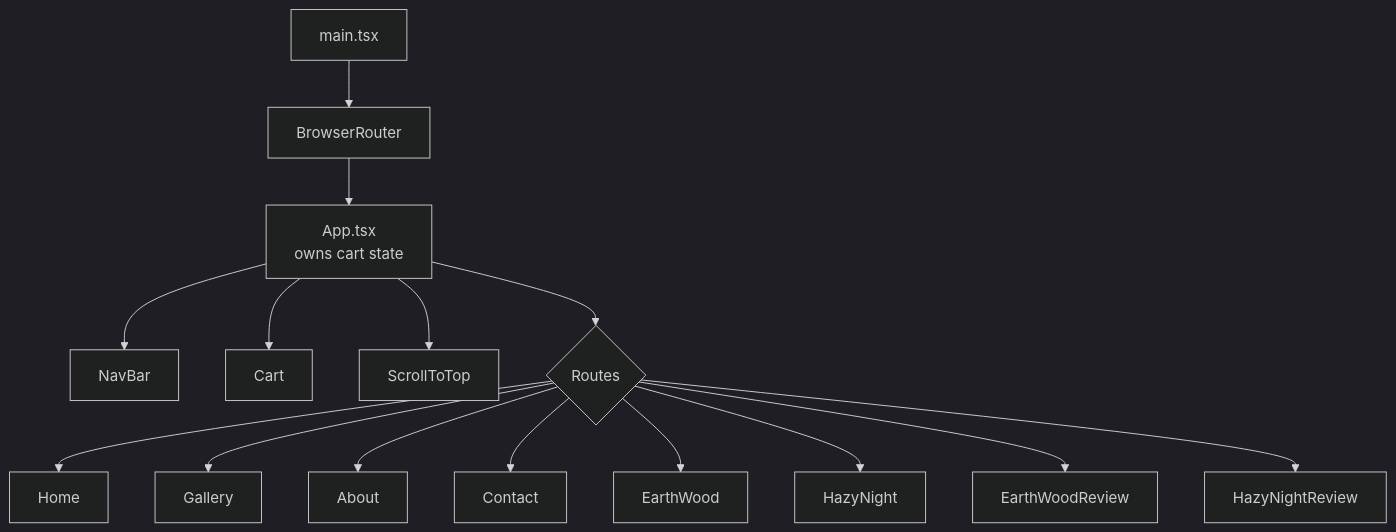
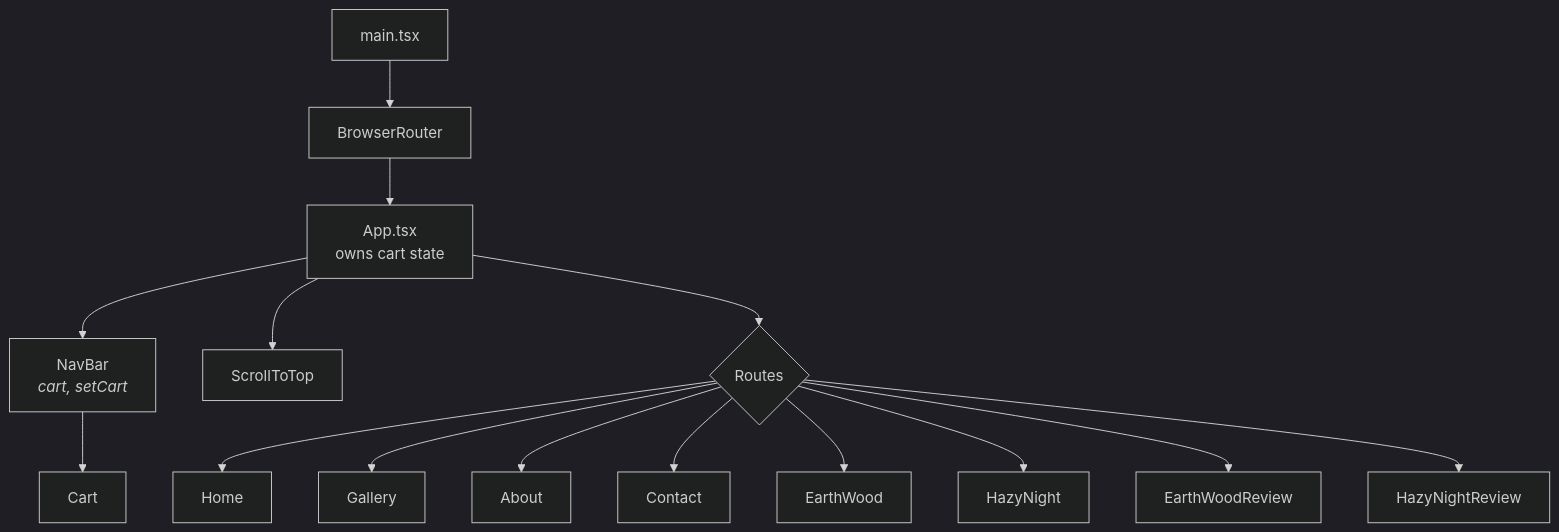
The diagram in WoodWork Vault/Docs/02 - Frontend Routing.md (JoshuaM04/carpentry-website), drawn with Mermaid (dark theme) before and after one commit. The commit also changed other lines of this file and 12 other files, not shown here.

````diff
--- a/WoodWork Vault/Docs/02 - Frontend Routing.md
+++ b/WoodWork Vault/Docs/02 - Frontend Routing.md
@@ -97,17 +104,17 @@
 ```mermaid
 flowchart TD
     M[main.tsx] --> BR[BrowserRouter]
     BR --> A[App.tsx<br/>owns cart state]
-    A --> NAV[NavBar]
-    A --> CRT[Cart]
+    A --> NAV[NavBar<br/><i>cart, setCart</i>]
+    NAV --> CRT[Cart]
     A --> STT[ScrollToTop]
     A --> RT{Routes}
     RT --> H[Home]
     RT --> G[Gallery]
     RT --> AB[About]
     RT --> CT[Contact]
     RT --> EW[EarthWood]
     RT --> HN[HazyNight]
     RT --> EWR[EarthWoodReview]
     RT --> HNR[HazyNightReview]
 ```
````
